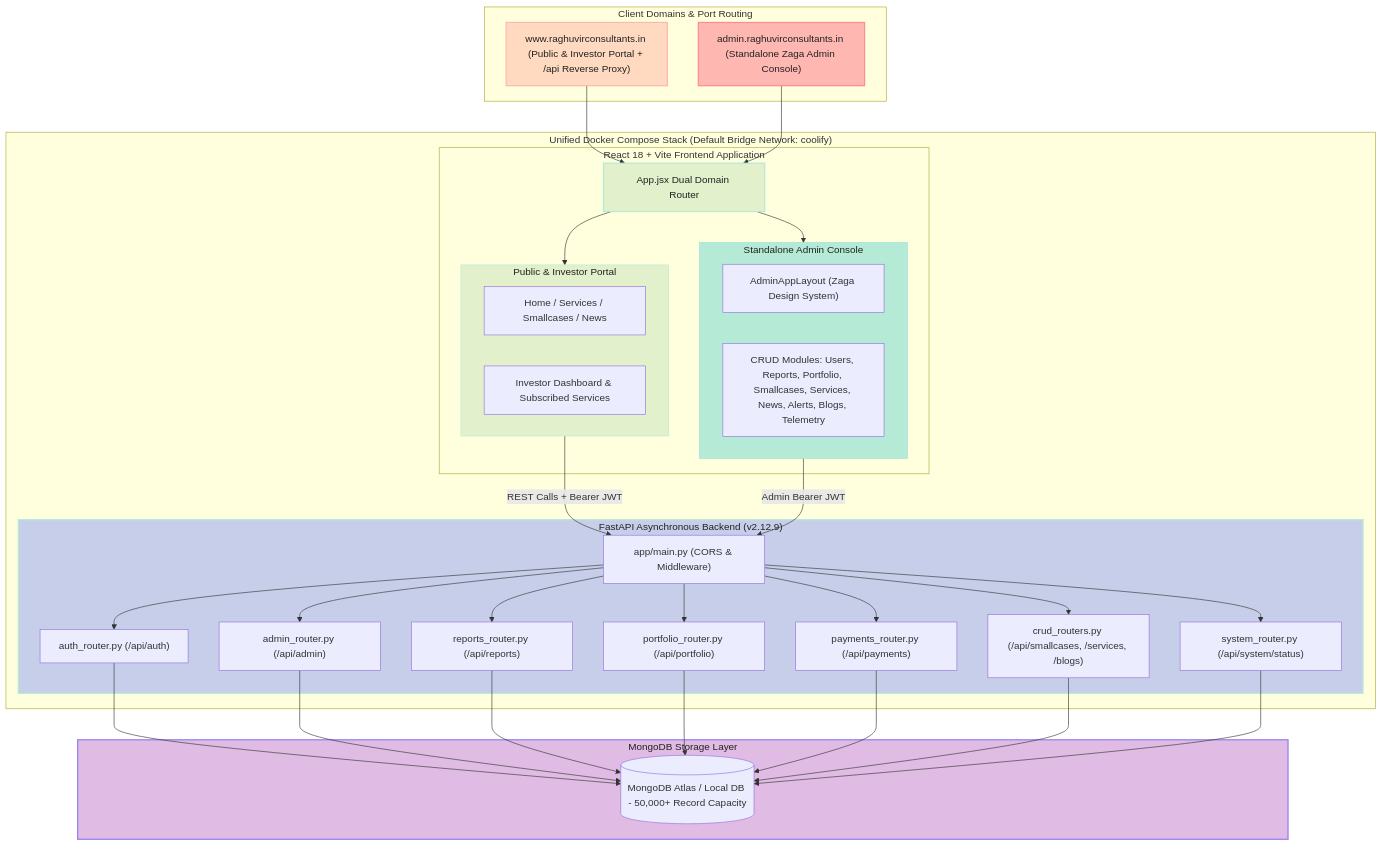
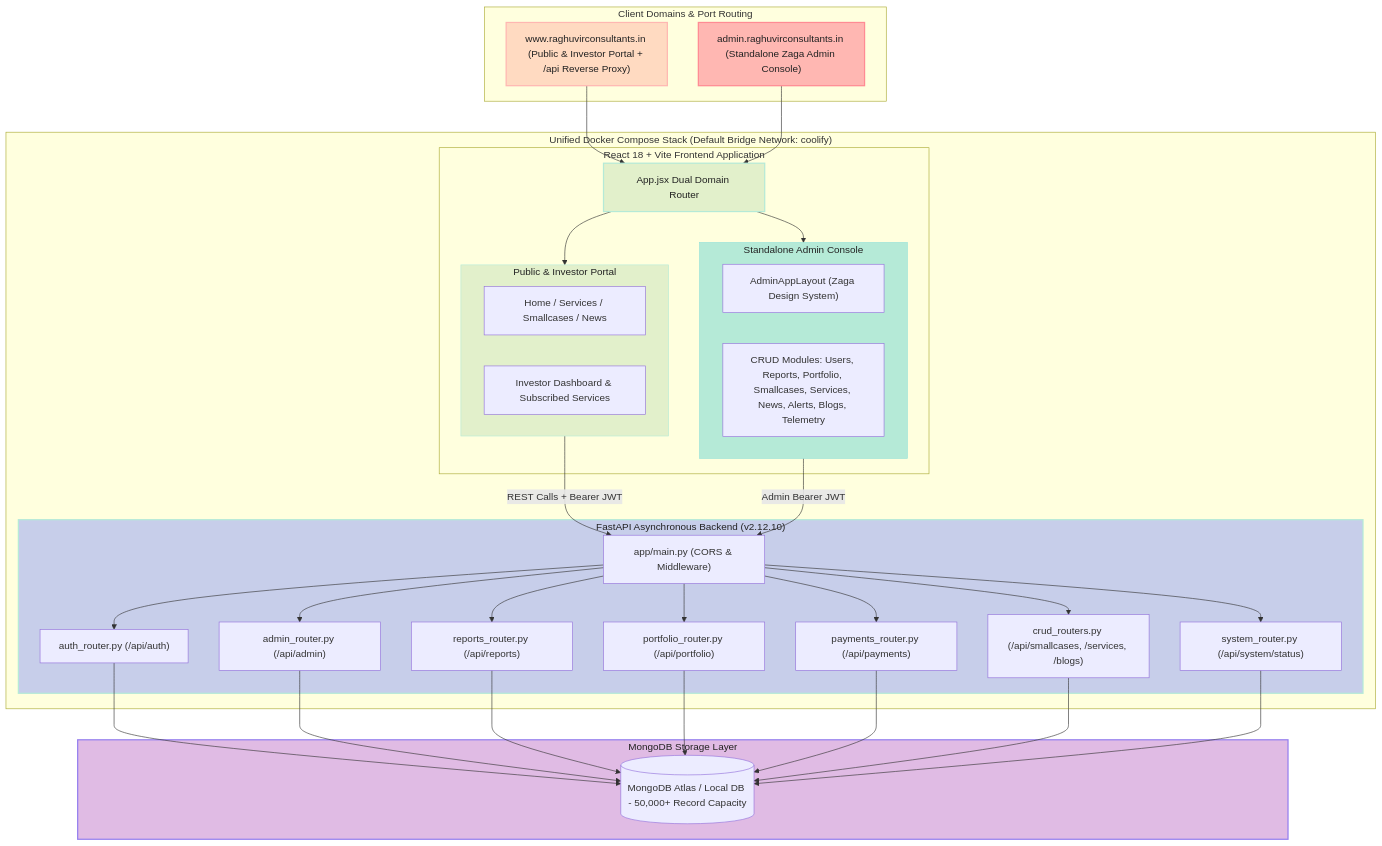
The first of 2 diagrams in backend/docs/ARCHITECTURE.md (tejasrsuthar/raghuvirconsultants-site), drawn with Mermaid before and after one commit. The commit also changed other lines of this file and 15 other files, not shown here.

````diff
--- a/backend/docs/ARCHITECTURE.md
+++ b/backend/docs/ARCHITECTURE.md
@@ -14,72 +14,72 @@
 ```mermaid
 graph TD
     subgraph ClientDomains["Client Domains & Port Routing"]
         PublicDomain["www.raghuvirconsultants.in (Public & Investor Portal + /api Reverse Proxy)"]
         AdminDomain["admin.raghuvirconsultants.in (Standalone Zaga Admin Console)"]
     end
 
     subgraph ComposeStack["Unified Docker Compose Stack (Default Bridge Network: coolify)"]
         subgraph ReactFrontend["React 18 + Vite Frontend Application"]
             AppRouter["App.jsx Dual Domain Router"]
             
             subgraph PublicPortal["Public & Investor Portal"]
               PublicViews["Home / Services / Smallcases / News"]
               InvestorPortal["Investor Dashboard & Subscribed Services"]
             end
 
             subgraph ZagaAdmin["Standalone Admin Console"]
               AdminLayout["AdminAppLayout (Zaga Design System)"]
               AdminModules["CRUD Modules: Users, Reports, Portfolio, Smallcases, Services, News, Alerts, Blogs, Telemetry"]
             end
         end
 
-        subgraph FastAPIServer["FastAPI Asynchronous Backend (v2.12.9)"]
+        subgraph FastAPIServer["FastAPI Asynchronous Backend (v2.12.10)"]
             API["app/main.py (CORS & Middleware)"]
             AuthRouter["auth_router.py (/api/auth)"]
             AdminRouter["admin_router.py (/api/admin)"]
             ReportsRouter["reports_router.py (/api/reports)"]
             PortfolioRouter["portfolio_router.py (/api/portfolio)"]
             PaymentsRouter["payments_router.py (/api/payments)"]
             CRUDRouters["crud_routers.py (/api/smallcases, /services, /blogs)"]
             SystemRouter["system_router.py (/api/system/status)"]
         end
     end
 
     subgraph DataStore["MongoDB Storage Layer"]
         MongoDB[(MongoDB Atlas / Local DB - 50,000+ Record Capacity)]
     end
 
     PublicDomain --> AppRouter
     AdminDomain --> AppRouter
 
     AppRouter --> PublicPortal
     AppRouter --> ZagaAdmin
 
     PublicPortal -->|REST Calls + Bearer JWT| API
     ZagaAdmin -->|Admin Bearer JWT| API
 
     API --> AuthRouter
     API --> AdminRouter
     API --> ReportsRouter
     API --> PortfolioRouter
     API --> PaymentsRouter
     API --> CRUDRouters
     API --> SystemRouter
 
     AuthRouter --> MongoDB
     AdminRouter --> MongoDB
     ReportsRouter --> MongoDB
     PortfolioRouter --> MongoDB
     PaymentsRouter --> MongoDB
     CRUDRouters --> MongoDB
     SystemRouter --> MongoDB
 
     %% Pastel Color Palette Styling
     style PublicDomain fill:#FFDAC1,stroke:#FFB7B2,stroke-width:2px,color:#222;
     style AdminDomain fill:#FFB7B2,stroke:#FF8B94,stroke-width:2px,color:#222;
     style AppRouter fill:#E2F0CB,stroke:#B5EAD7,stroke-width:2px,color:#222;
     style PublicPortal fill:#E2F0CB,stroke:#B5EAD7,stroke-width:1px,color:#222;
     style ZagaAdmin fill:#B5EAD7,stroke:#93E1D8,stroke-width:1px,color:#222;
     style FastAPIServer fill:#C7CEEA,stroke:#B5EAD7,stroke-width:2px,color:#222;
     style DataStore fill:#E0BBE4,stroke:#957FEF,stroke-width:2px,color:#222;
 ```
````
